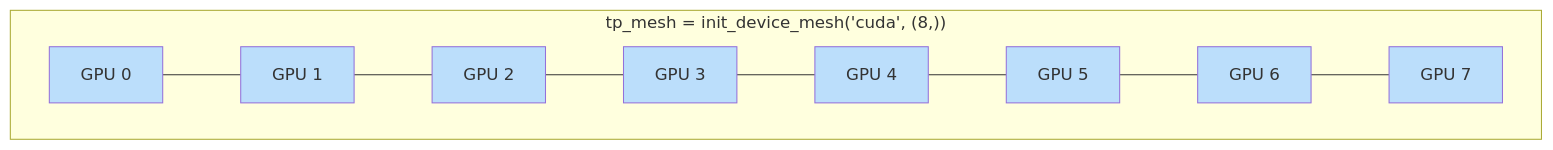
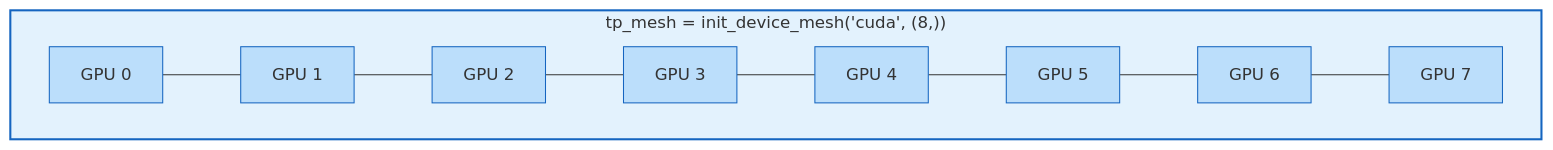
The second of 18 diagrams in docs/fsdp2_tp_tutorial.md (jianzhnie/ScaleTorch), drawn with Mermaid before and after one commit. The commit also changed other lines of this file, not shown here.

First line of the commit message:
docs(fsdp2_tp_tutorial): refine mermaid diagrams and fix tutorial formatting

````diff
--- a/docs/fsdp2_tp_tutorial.md
+++ b/docs/fsdp2_tp_tutorial.md
@@ -113,17 +113,18 @@
 ```mermaid
 flowchart LR
- subgraph Mesh["tp_mesh = init_device_mesh('cuda', (8,))"]
- direction LR
- G0["GPU 0"] --- G1["GPU 1"] --- G2["GPU 2"] --- G3["GPU 3"] ---
- G4["GPU 4"] --- G5["GPU 5"] --- G6["GPU 6"] --- G7["GPU 7"]
- end
+    subgraph Mesh["tp_mesh = init_device_mesh('cuda', (8,))"]
+        direction LR
+        G0["GPU 0"] --- G1["GPU 1"] --- G2["GPU 2"] --- G3["GPU 3"] ---
+        G4["GPU 4"] --- G5["GPU 5"] --- G6["GPU 6"] --- G7["GPU 7"]
+    end
 
- style G0 fill:#bbdefb
- style G1 fill:#bbdefb
- style G2 fill:#bbdefb
- style G3 fill:#bbdefb
- style G4 fill:#bbdefb
- style G5 fill:#bbdefb
- style G6 fill:#bbdefb
- style G7 fill:#bbdefb
+    style Mesh fill:#e3f2fd,stroke:#1565c0,stroke-width:2px
+    style G0 fill:#bbdefb,stroke:#1565c0
+    style G1 fill:#bbdefb,stroke:#1565c0
+    style G2 fill:#bbdefb,stroke:#1565c0
+    style G3 fill:#bbdefb,stroke:#1565c0
+    style G4 fill:#bbdefb,stroke:#1565c0
+    style G5 fill:#bbdefb,stroke:#1565c0
+    style G6 fill:#bbdefb,stroke:#1565c0
+    style G7 fill:#bbdefb,stroke:#1565c0
 ```
````
